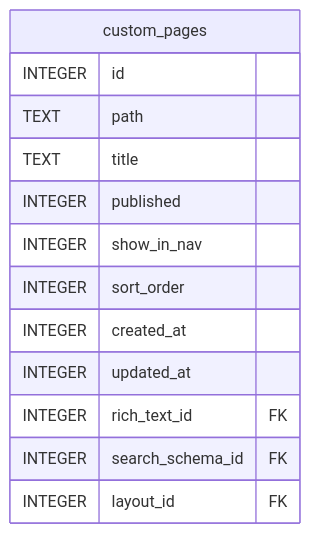
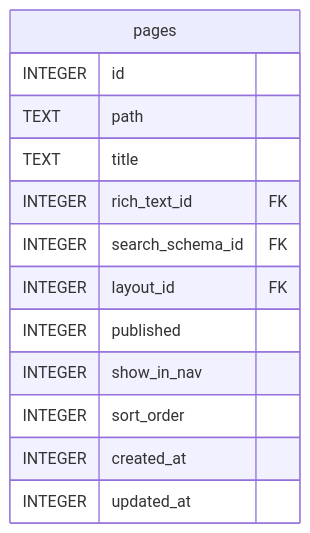
Before and after one commit to ktbhealth/docs: the diagram in content/docs/pt-BR/developers/plugins/pages/reference/schema.mmd, drawn with Mermaid. The commit also changed 17 other files, not shown here.

First line of the commit message:
docs(erd): regenerate plugin ERD for pages table rename

```diff
--- a/content/docs/pt-BR/developers/plugins/pages/reference/schema.mmd
+++ b/content/docs/pt-BR/developers/plugins/pages/reference/schema.mmd
@@ -1,16 +1,16 @@
 erDiagram
 
 
-"custom_pages" {
+"pages" {
   INTEGER id
   TEXT path
   TEXT title
+  INTEGER rich_text_id FK
+  INTEGER search_schema_id FK
+  INTEGER layout_id FK
   INTEGER published
   INTEGER show_in_nav
   INTEGER sort_order
   INTEGER created_at
   INTEGER updated_at
-  INTEGER rich_text_id FK
-  INTEGER search_schema_id FK
-  INTEGER layout_id FK
 }
```
